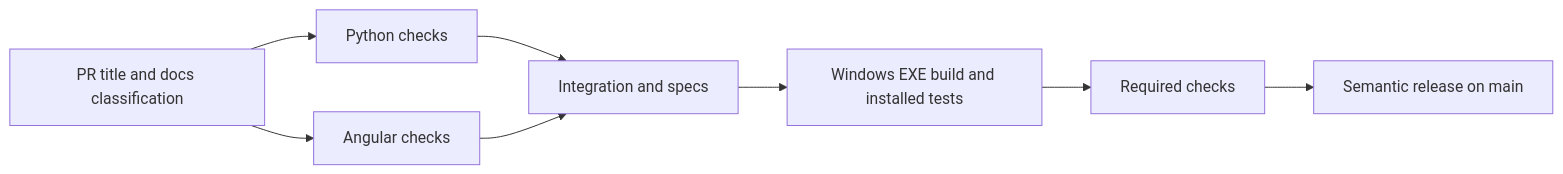
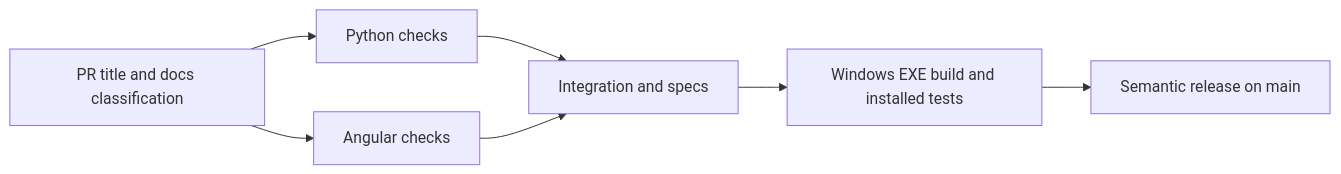
The diagram in docs/ci.md (dalehayesiii/TrogloDAW), drawn with Mermaid before and after one commit. The commit also changed other lines of this file and 9 other files, not shown here.

Commit message:
ci: use native job dependencies and individual required checks

````diff
--- a/docs/ci.md
+++ b/docs/ci.md
@@ -3,10 +3,9 @@
 ```mermaid
 flowchart LR
     T[PR title and docs classification] --> P[Python checks]
     T --> A[Angular checks]
     P --> I[Integration and specs]
     A --> I
     I --> B[Windows EXE build and installed tests]
-    B --> G[Required checks]
-    G --> R[Semantic release on main]
+    B --> R[Semantic release on main]
 ```
````
